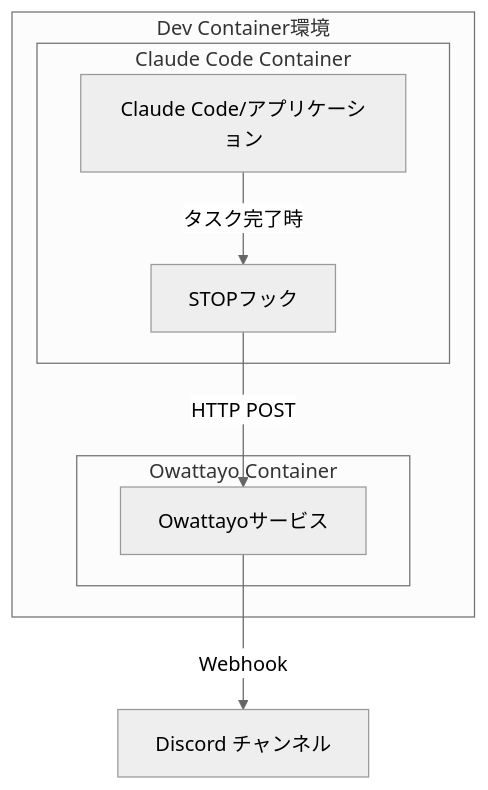
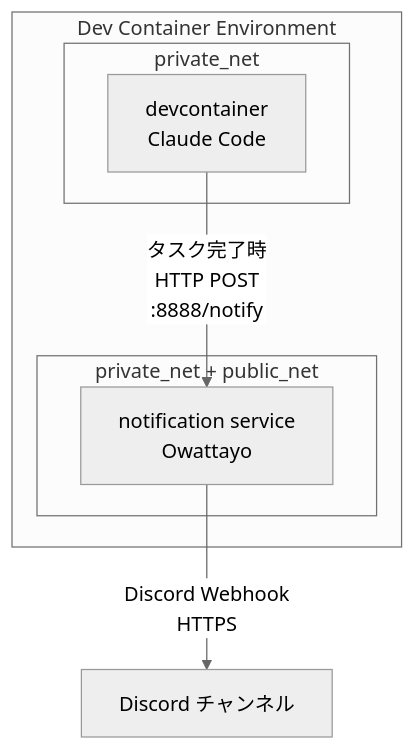
One commit to backpaper0/claude-code-in-devcontainer-example changed the diagram in README.md. Above: the diagram before and after it, drawn with Mermaid (neutral theme). The commit also changed other lines of this file, not shown here.

First line of the commit message:
Fix architecture diagram to show notification direct internet access

````diff
--- a/README.md
+++ b/README.md
@@ -89,17 +123,15 @@
 ```mermaid
 graph TD
-    subgraph "Dev Container環境"
-        subgraph "Claude Code Container"
-            A[Claude Code/アプリケーション]
-            A1[STOPフック]
+    subgraph "Dev Container Environment"
+        subgraph "private_net + public_net"
+            B[notification service<br/>Owattayo]
         end
-        subgraph "Owattayo Container"
-            B[Owattayoサービス]
+        subgraph "private_net"
+            A[devcontainer<br/>Claude Code]
         end
     end
     C[Discord チャンネル]
 
-    A -->|タスク完了時| A1
-    A1 -->|HTTP POST| B
-    B -->|Webhook| C
+    A -->|タスク完了時<br/>HTTP POST<br/>:8888/notify| B
+    B -->|Discord Webhook<br/>HTTPS| C
 ```
````
